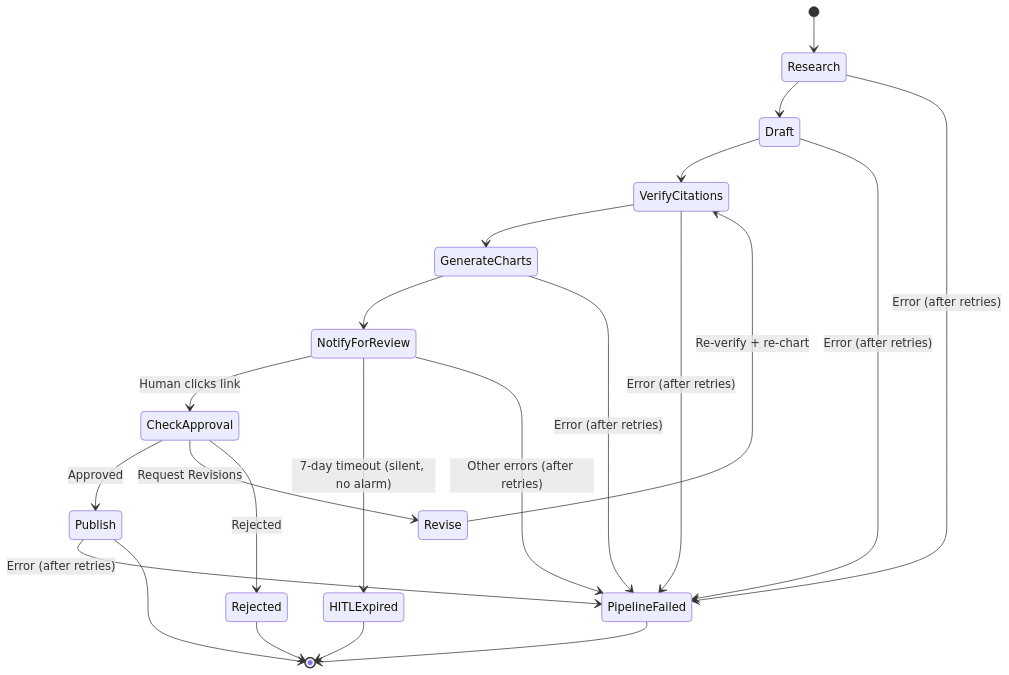
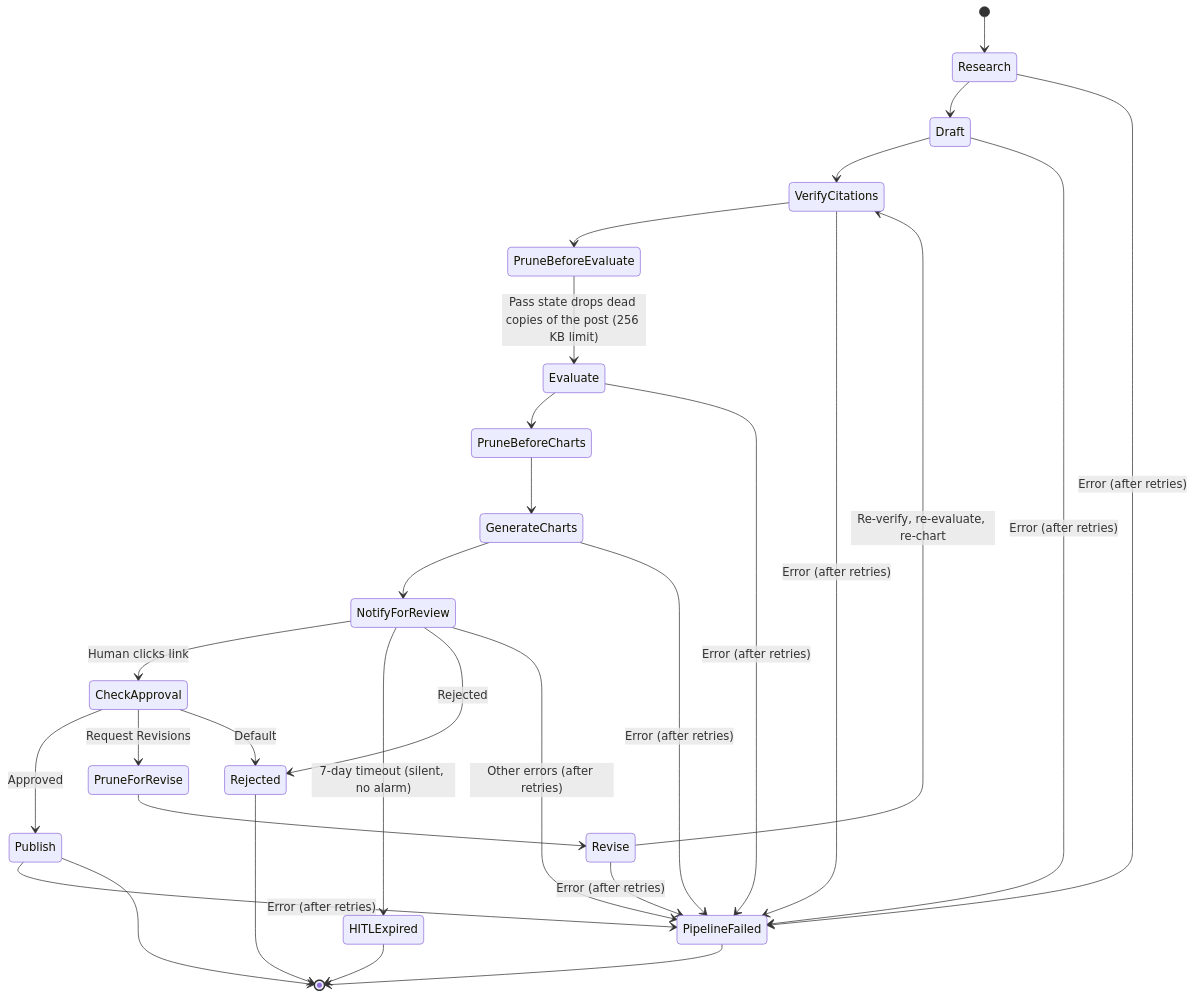
The fourth of 5 diagrams in README.md (kzaky/khaledzaky.com), drawn with Mermaid before and after one commit. The commit also changed other lines of this file, not shown here.

Commit message:
docs(readme): current pipeline, costs, alarms; drop private page details

````diff
--- a/README.md
+++ b/README.md
@@ -238,24 +265,31 @@
 ```mermaid
 stateDiagram-v2
     [*] --> Research
     Research --> Draft
     Draft --> VerifyCitations
-    VerifyCitations --> GenerateCharts
+    VerifyCitations --> PruneBeforeEvaluate
+    PruneBeforeEvaluate --> Evaluate: Pass state drops dead copies of the post (256 KB limit)
+    Evaluate --> PruneBeforeCharts
+    PruneBeforeCharts --> GenerateCharts
     GenerateCharts --> NotifyForReview
     NotifyForReview --> CheckApproval: Human clicks link
     NotifyForReview --> HITLExpired: 7-day timeout (silent, no alarm)
+    NotifyForReview --> Rejected: Rejected
     CheckApproval --> Publish: Approved
-    CheckApproval --> Revise: Request Revisions
-    CheckApproval --> Rejected: Rejected
-    Revise --> VerifyCitations: Re-verify + re-chart
+    CheckApproval --> PruneForRevise: Request Revisions
+    CheckApproval --> Rejected: Default
+    PruneForRevise --> Revise
+    Revise --> VerifyCitations: Re-verify, re-evaluate, re-chart
     Research --> PipelineFailed: Error (after retries)
     Draft --> PipelineFailed: Error (after retries)
     VerifyCitations --> PipelineFailed: Error (after retries)
+    Evaluate --> PipelineFailed: Error (after retries)
     GenerateCharts --> PipelineFailed: Error (after retries)
+    Revise --> PipelineFailed: Error (after retries)
     NotifyForReview --> PipelineFailed: Other errors (after retries)
     Publish --> PipelineFailed: Error (after retries)
     Publish --> [*]
     Rejected --> [*]
     HITLExpired --> [*]
     PipelineFailed --> [*]
 ```
````
